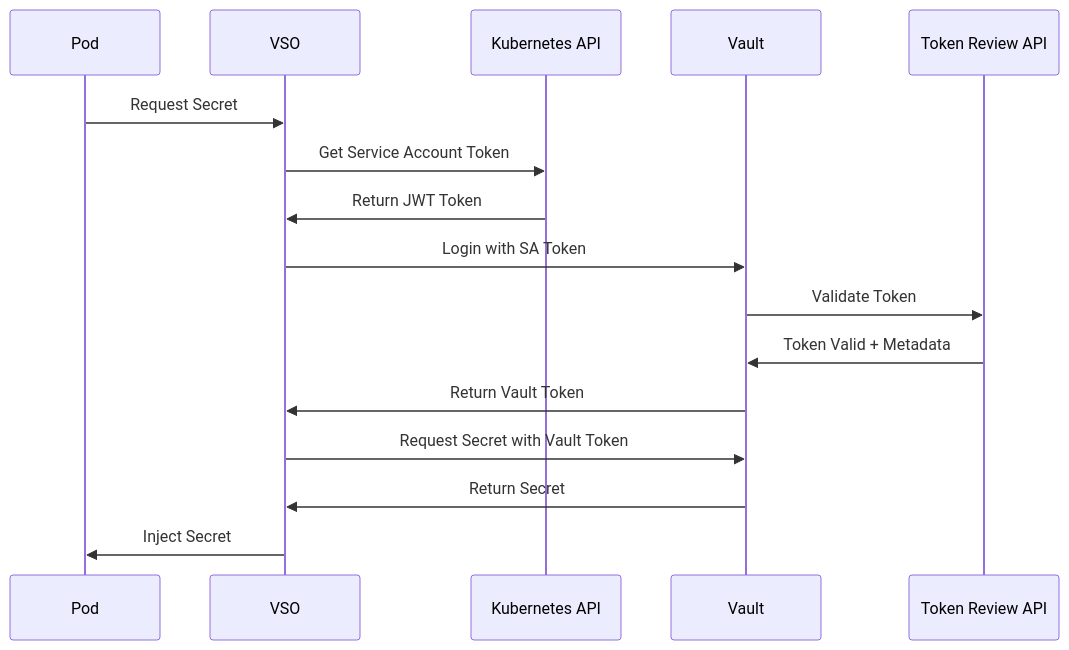
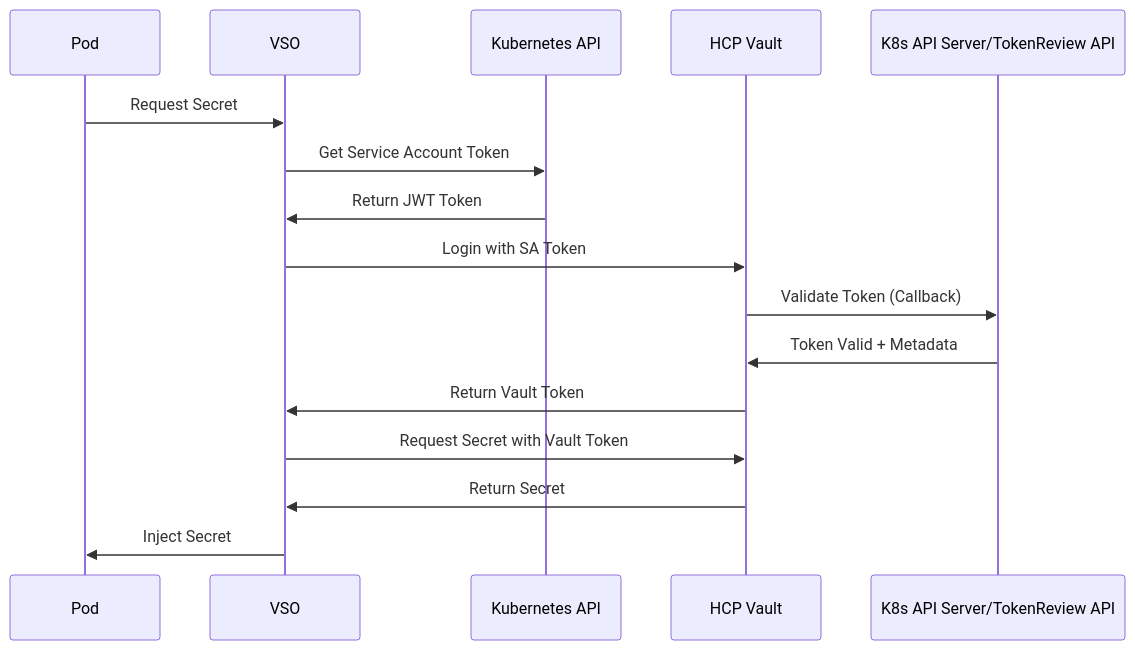
Before and after one commit to ucbabu/hcp-vault: the third of 4 diagrams in docs/kubernetes-integration-guide.md, drawn with Mermaid. The commit also changed other lines of this file, not shown here.

Commit message:
fixed aks auth flows

````diff
--- a/docs/kubernetes-integration-guide.md
+++ b/docs/kubernetes-integration-guide.md
@@ -91,19 +113,19 @@
 ```mermaid
 sequenceDiagram
     participant Pod
     participant VSO
     participant K8sAPI as Kubernetes API
-    participant Vault
-    participant TokenReview as Token Review API
+    participant Vault as HCP Vault
+    participant TokenReview as K8s API Server/TokenReview API
     
     Pod->>VSO: Request Secret
     VSO->>K8sAPI: Get Service Account Token
     K8sAPI->>VSO: Return JWT Token
     VSO->>Vault: Login with SA Token
-    Vault->>TokenReview: Validate Token
+    Vault->>TokenReview: Validate Token (Callback)
     TokenReview->>Vault: Token Valid + Metadata
     Vault->>VSO: Return Vault Token
     VSO->>Vault: Request Secret with Vault Token
     Vault->>VSO: Return Secret
     VSO->>Pod: Inject Secret
 ```
````
